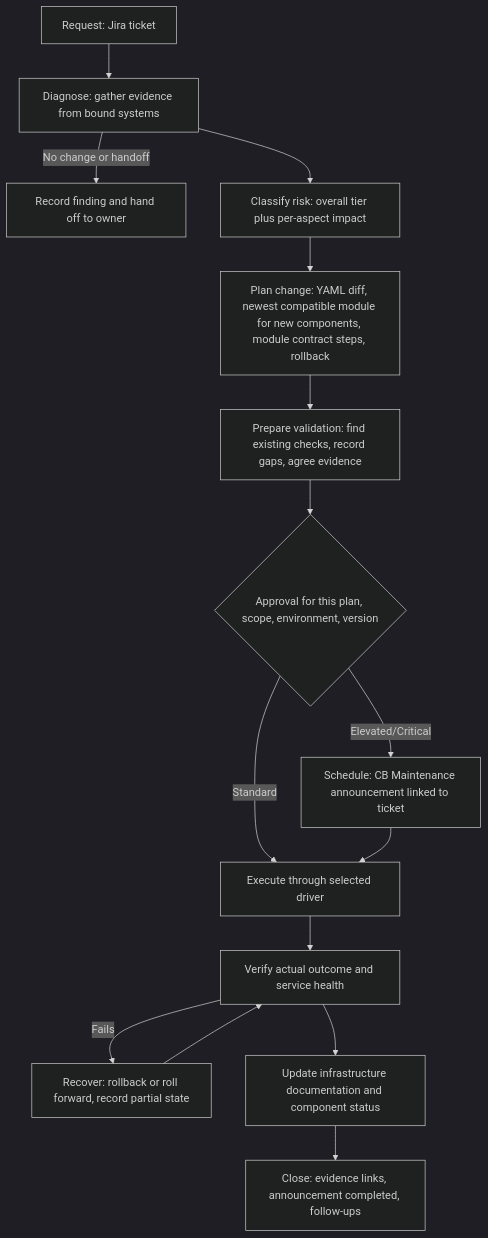
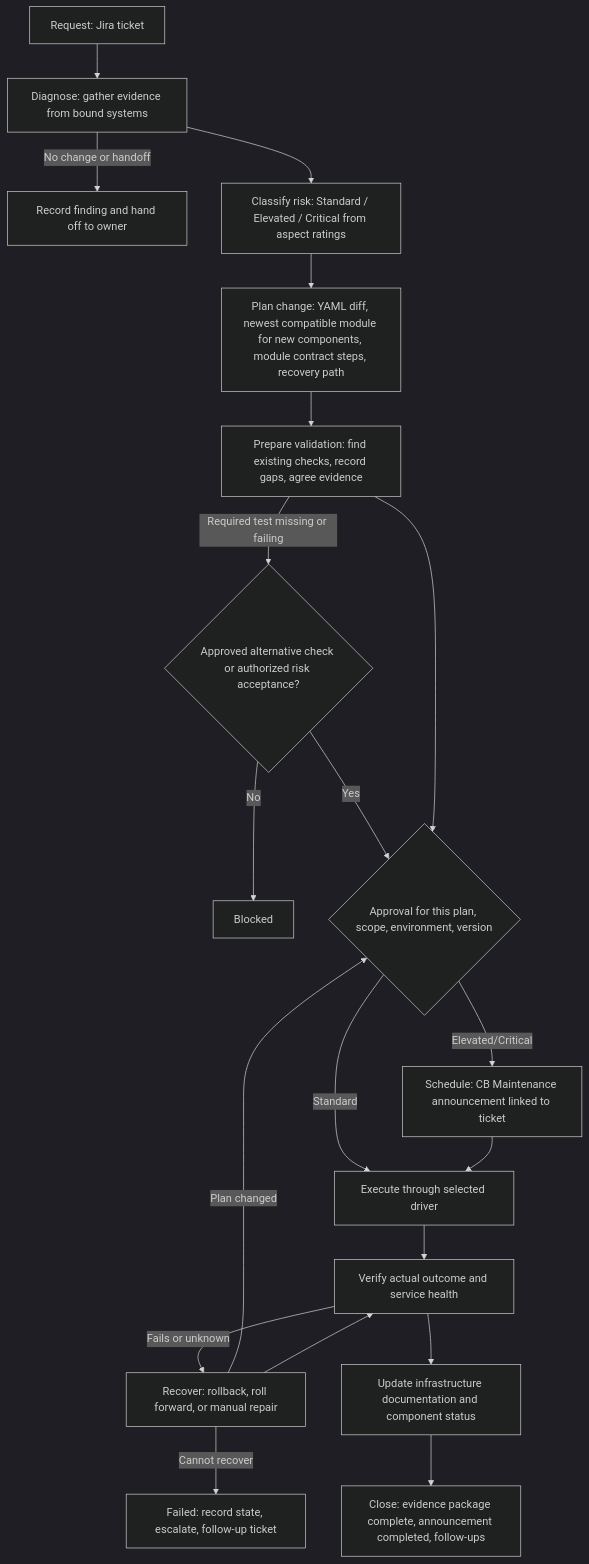
Before and after one commit to dasmeta/boilerplate-infrastructure: the diagram in docs/plans/DMVP-10650-delivery-platform-planning.md, drawn with Mermaid (dark theme). The commit also changed other lines of this file, not shown here.

First line of the commit message:
docs: address MSP planning review on DMVP-10650 plan

````diff
--- a/docs/plans/DMVP-10650-delivery-platform-planning.md
+++ b/docs/plans/DMVP-10650-delivery-platform-planning.md
@@ -177,17 +199,22 @@
 ```mermaid
 flowchart TD
   A[Request: Jira ticket] --> B[Diagnose: gather evidence from bound systems]
   B -->|No change or handoff| Z1[Record finding and hand off to owner]
-  B --> C[Classify risk: overall tier plus per-aspect impact]
-  C --> D[Plan change: YAML diff, newest compatible module for new components, module contract steps, rollback]
+  B --> C[Classify risk: Standard / Elevated / Critical from aspect ratings]
+  C --> D[Plan change: YAML diff, newest compatible module for new components, module contract steps, recovery path]
   D --> E[Prepare validation: find existing checks, record gaps, agree evidence]
+  E -->|Required test missing or failing| E2{Approved alternative check or authorized risk acceptance?}
+  E2 -->|No| X[Blocked]
+  E2 -->|Yes| F
   E --> F{Approval for this plan, scope, environment, version}
   F -->|Elevated/Critical| G[Schedule: CB Maintenance announcement linked to ticket]
   F -->|Standard| H
   G --> H[Execute through selected driver]
   H --> I[Verify actual outcome and service health]
-  I -->|Fails| R[Recover: rollback or roll forward, record partial state]
+  I -->|Fails or unknown| R[Recover: rollback, roll forward, or manual repair]
+  R -->|Plan changed| F
   R --> I
+  R -->|Cannot recover| FL[Failed: record state, escalate, follow-up ticket]
   I --> J[Update infrastructure documentation and component status]
-  J --> K[Close: evidence links, announcement completed, follow-ups]
+  J --> K[Close: evidence package complete, announcement completed, follow-ups]
 ```
````
